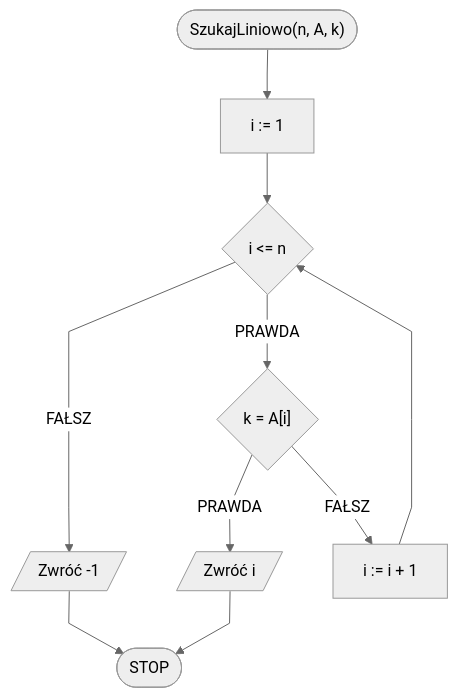
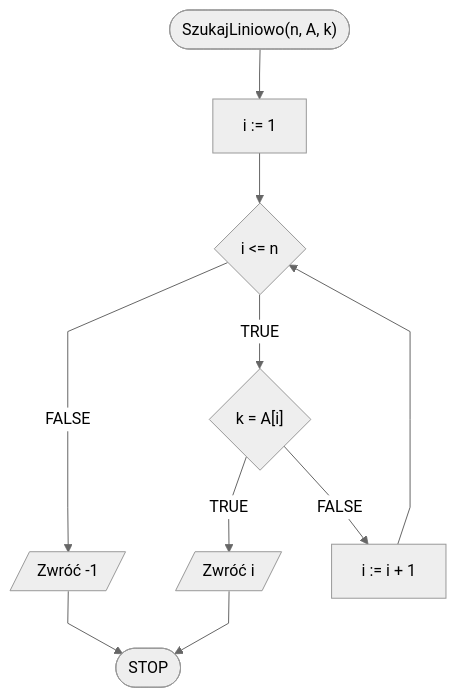
The second of 3 diagrams in docs/algorithms/searching/linear-search.md (blackbat13/edu-cs-htiew-en), drawn with Mermaid before and after one commit. The commit also changed other lines of this file and 682 other files, not shown here.

````diff
--- a/docs/algorithms/searching/linear-search.md
+++ b/docs/algorithms/searching/linear-search.md
@@ -187,13 +187,13 @@
 ```mermaid
 %%{init: {"flowchart": {"curve": "linear"}, "theme": "neutral"} }%%
 flowchart TD
 	START(["SzukajLiniowo(n, A, k)"]) --> B[i := 1]
 	B --> C{i <= n}
-	C -- FAŁSZ --> D[/Zwróć -1/]
-	C -- PRAWDA --> E{"k = A[i]"}
-	E -- PRAWDA --> F[/Zwróć i/]
-	E -- FAŁSZ --> G[i := i + 1]
+	C -- FALSE --> D[/Zwróć -1/]
+	C -- TRUE --> E{"k = A[i]"}
+	E -- TRUE --> F[/Zwróć i/]
+	E -- FALSE --> G[i := i + 1]
 	G --> C
 	D --> STOP([STOP])
 	F --> STOP
 ```
````
